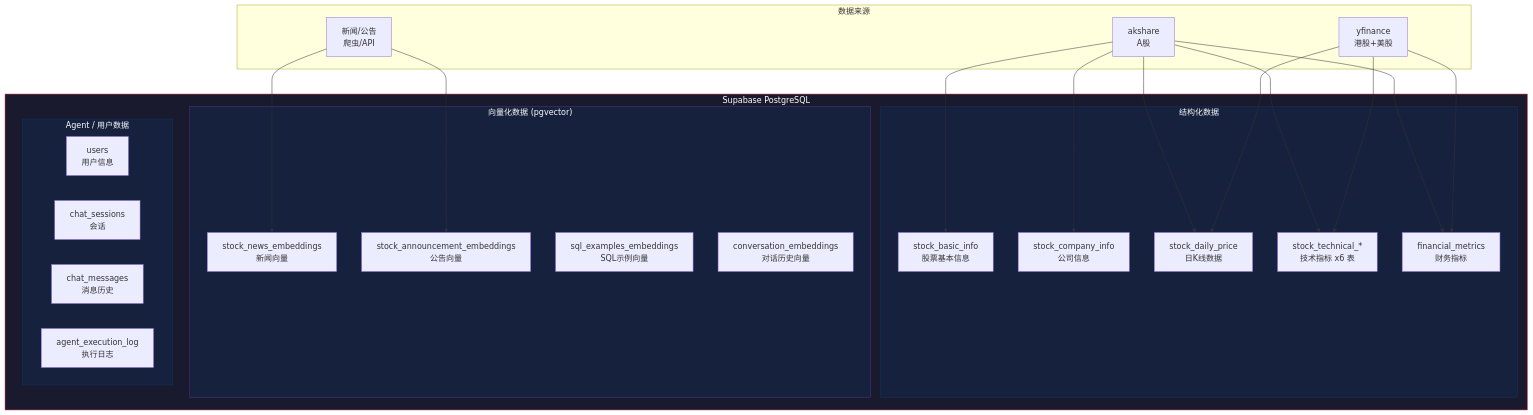
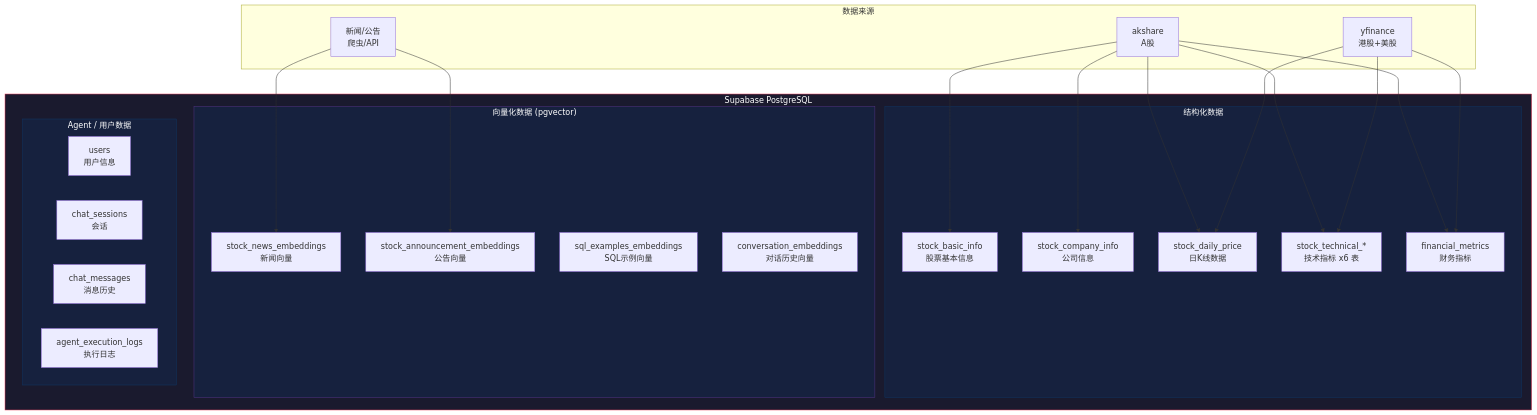
Before and after one commit to cherryni2022/stock_ai_agent: the fifth of 9 diagrams in docs/PRD_stock_ai_agent.md, drawn with Mermaid. The commit also changed other lines of this file and 3 other files, not shown here.

Commit message:
fix architecture and tech design doc

````diff
--- a/docs/PRD_stock_ai_agent.md
+++ b/docs/PRD_stock_ai_agent.md
@@ -447,41 +453,41 @@
 ```mermaid
 graph TB
     subgraph DataSources["数据来源"]
         YF[yfinance<br/>港股+美股]
         AK[akshare<br/>A股]
         NEWS[新闻/公告<br/>爬虫/API]
     end
     
     subgraph Supabase["Supabase PostgreSQL"]
         subgraph Structured["结构化数据"]
             SI[stock_basic_info<br/>股票基本信息]
             CI[stock_company_info<br/>公司信息]
             DP[stock_daily_price<br/>日K线数据]
             TI[stock_technical_*<br/>技术指标 x6 表]
             FM[financial_metrics<br/>财务指标]
         end
         
         subgraph Vector["向量化数据 (pgvector)"]
             NV[stock_news_embeddings<br/>新闻向量]
             AV[stock_announcement_embeddings<br/>公告向量]
             SV[sql_examples_embeddings<br/>SQL示例向量]
             CV[conversation_embeddings<br/>对话历史向量]
         end
         
         subgraph AgentData["Agent / 用户数据"]
             U[users<br/>用户信息]
             S[chat_sessions<br/>会话]
             M[chat_messages<br/>消息历史]
-            EL[agent_execution_log<br/>执行日志]
+            EL[agent_execution_logs<br/>执行日志]
         end
     end
     
     YF --> DP & TI & FM
     AK --> SI & CI & DP & TI & FM
     NEWS --> NV & AV
     
     style Supabase fill:#1a1a2e,stroke:#e94560,color:#fff
     style Structured fill:#16213e,stroke:#0f3460,color:#fff
     style Vector fill:#16213e,stroke:#533483,color:#fff
     style AgentData fill:#16213e,stroke:#0f3460,color:#fff
 ```
````
